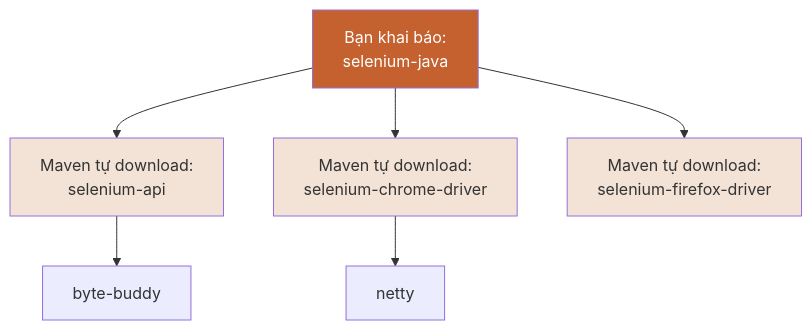
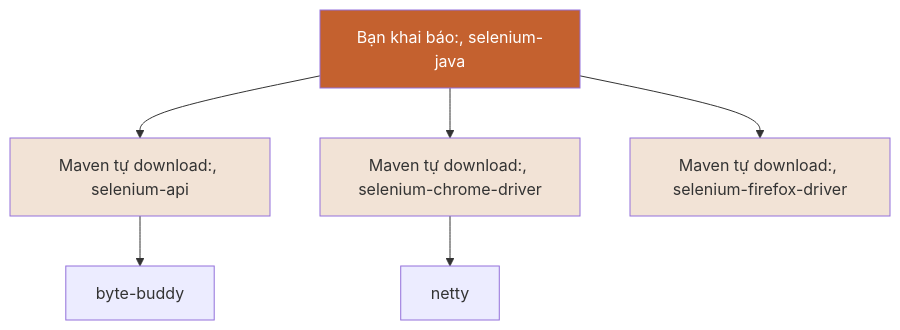
The fourth of 7 diagrams in 03-maven-build-tool.md (namnd0806/automation-testing-cource), drawn with Mermaid before and after one commit. The commit also changed other lines of this file and 4 other files, not shown here.

First line of the commit message:
Fix: Sửa tất cả sơ đồ Mermaid lỗi format

````diff
--- a/03-maven-build-tool.md
+++ b/03-maven-build-tool.md
@@ -338,16 +338,16 @@
 ```mermaid
 graph TD
-    A[Bạn khai báo:<br/>selenium-java]
+    A[Bạn khai báo:, selenium-java]
     
-    A --> B[Maven tự download:<br/>selenium-api]
-    A --> C[Maven tự download:<br/>selenium-chrome-driver]
-    A --> D[Maven tự download:<br/>selenium-firefox-driver]
+    A --> B[Maven tự download:, selenium-api]
+    A --> C[Maven tự download:, selenium-chrome-driver]
+    A --> D[Maven tự download:, selenium-firefox-driver]
     
     B --> E[byte-buddy]
     C --> F[netty]
     
     style A fill:#C4612F,color:#fff
     style B fill:#F2E3D6
     style C fill:#F2E3D6
     style D fill:#F2E3D6
 ```
````
